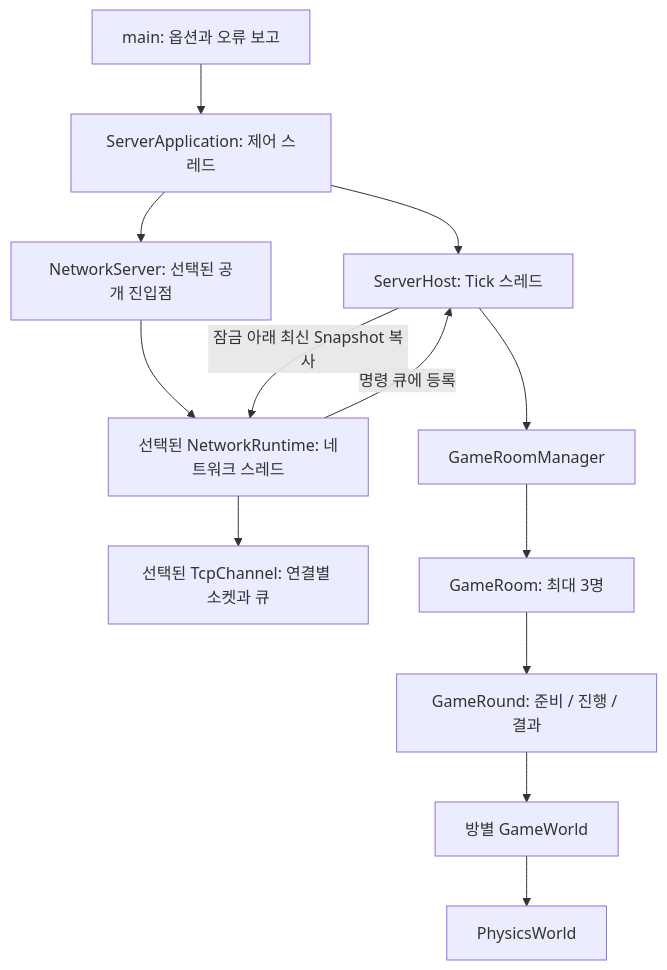
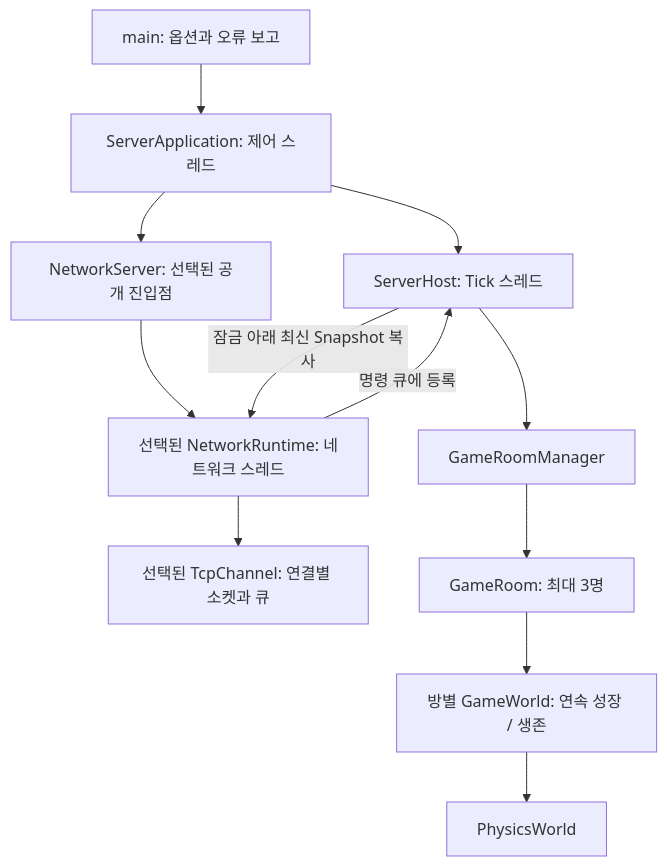
The first of 3 diagrams in docs/SERVER_ARCHITECTURE.md (BaeJiwoo/MoongTangE), drawn with Mermaid before and after one commit. The commit also changed other lines of this file and 31 other files, not shown here.

````diff
--- a/docs/SERVER_ARCHITECTURE.md
+++ b/docs/SERVER_ARCHITECTURE.md
@@ -58,15 +57,14 @@
 ```mermaid
 flowchart TD
     Main[main: 옵션과 오류 보고] --> App[ServerApplication: 제어 스레드]
     App --> Host[ServerHost: Tick 스레드]
     App --> Facade[NetworkServer: 선택된 공개 진입점]
     Facade --> Network[선택된 NetworkRuntime: 네트워크 스레드]
     Network --> Channel[선택된 TcpChannel: 연결별 소켓과 큐]
     Network -->|명령 큐에 등록| Host
     Host --> Rooms[GameRoomManager]
     Rooms --> Room[GameRoom: 최대 3명]
-    Room --> Round[GameRound: 준비 / 진행 / 결과]
-    Round --> World[방별 GameWorld]
+    Room --> World[방별 GameWorld: 연속 성장 / 생존]
     World --> Physics[PhysicsWorld]
     Host -->|잠금 아래 최신 Snapshot 복사| Network
 ```
````
